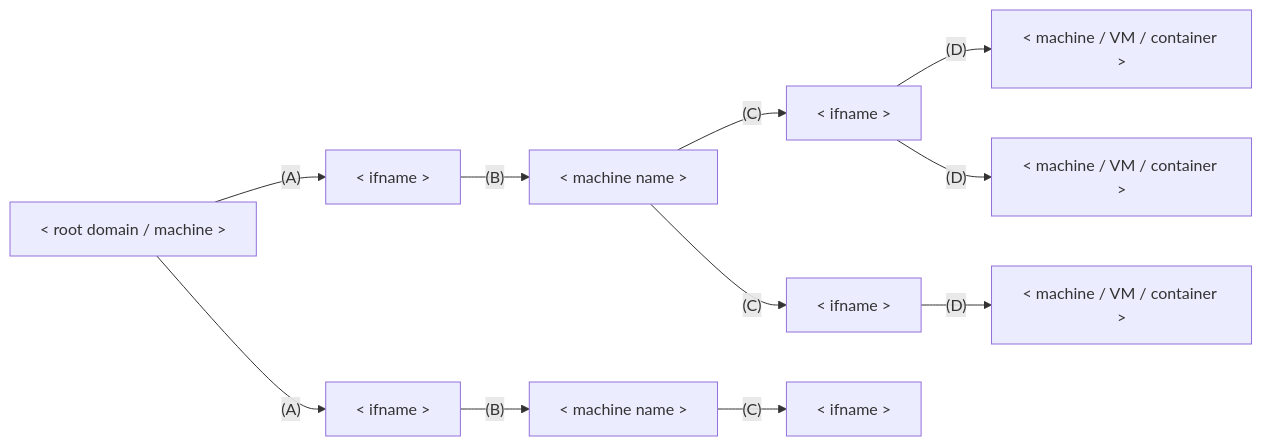
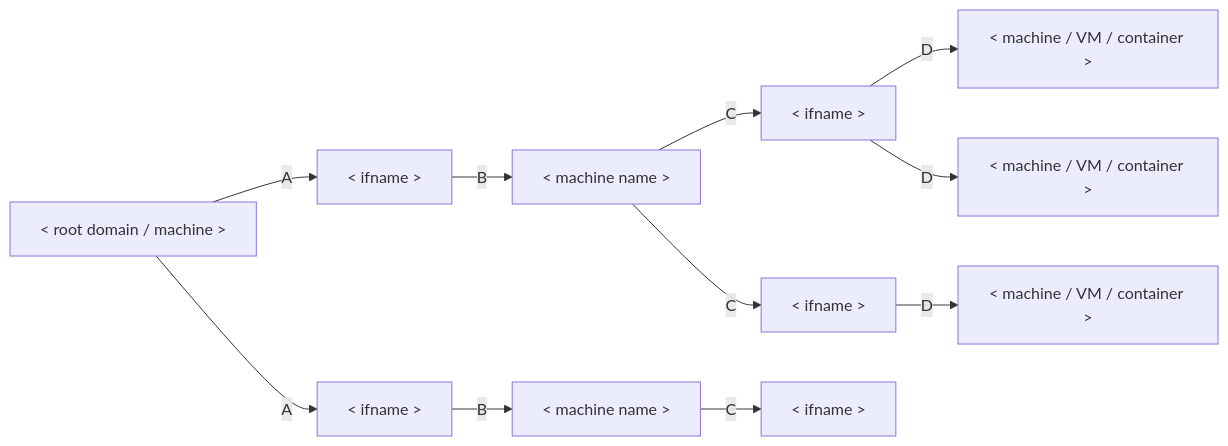
One commit to ms-jpq/lab changed the first of 4 diagrams in doc/NETWORK.md. Above: the diagram before and after it, drawn with Mermaid.

````diff
--- a/doc/NETWORK.md
+++ b/doc/NETWORK.md
@@ -9,13 +9,13 @@
 ```mermaid
 flowchart LR
-  machine1["< root domain / machine >"] -- (A) --> interface1["< ifname >"]
-  machine1 -- (A) --> interface2["< ifname >"]
-  interface1 -- (B) --> machine2["< machine name >"]
-  machine2 -- (C) --> interface3["< ifname >"]
-  machine2 -- (C) --> interface4["< ifname >"]
-  interface3 -- (D) --> host1["< machine / VM / container >"]
-  interface3 -- (D) --> host2["< machine / VM / container >"]
-  interface4 -- (D) --> host3["< machine / VM / container >"]
-  interface2 -- (B) --> machine3["< machine name >"]
-  machine3 -- (C) --> interface5["< ifname >"]
+  machine1["< root domain / machine >"] -- A --> interface1["< ifname >"]
+  machine1 -- A --> interface2["< ifname >"]
+  interface1 -- B --> machine2["< machine name >"]
+  machine2 -- C --> interface3["< ifname >"]
+  machine2 -- C --> interface4["< ifname >"]
+  interface3 -- D --> host1["< machine / VM / container >"]
+  interface3 -- D --> host2["< machine / VM / container >"]
+  interface4 -- D --> host3["< machine / VM / container >"]
+  interface2 -- B --> machine3["< machine name >"]
+  machine3 -- C --> interface5["< ifname >"]
 ```
````
